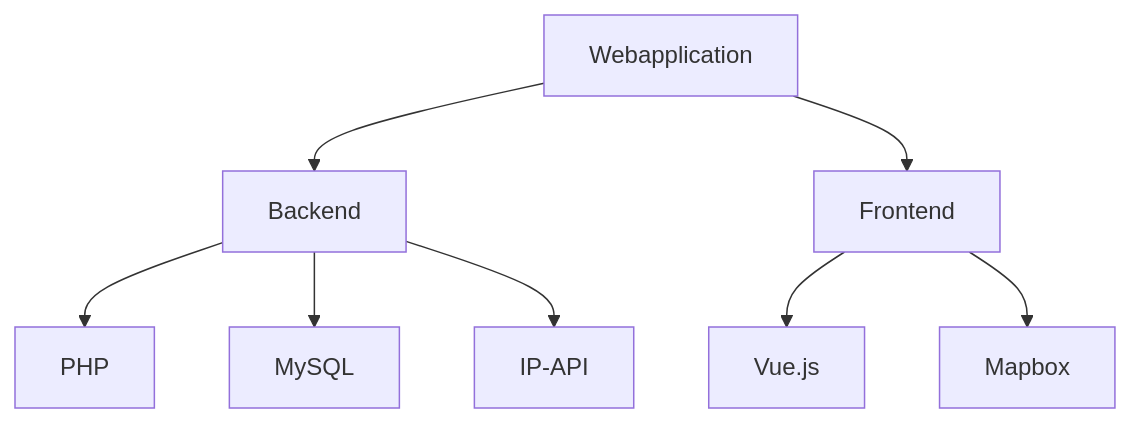
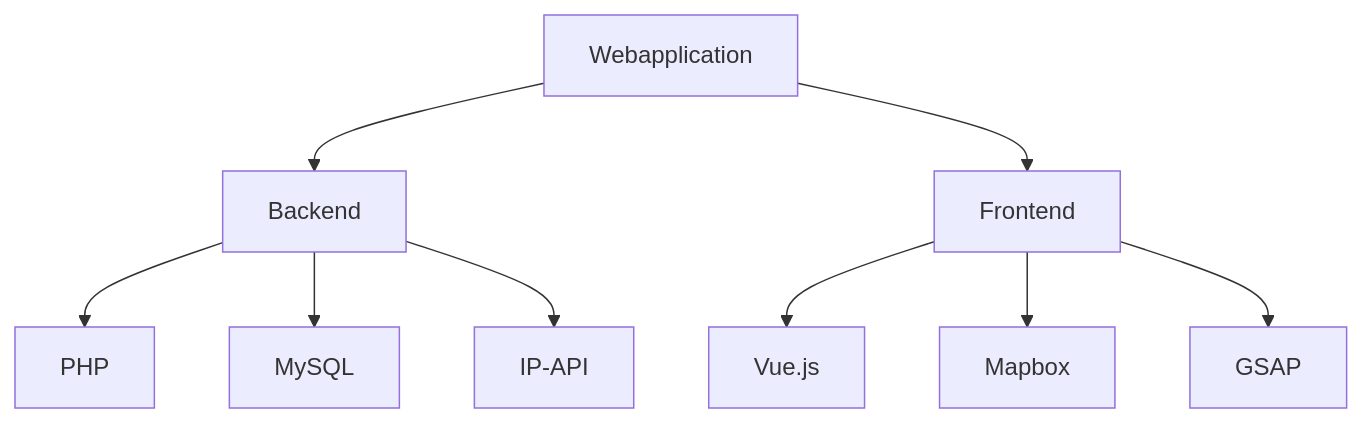
Before and after one commit to WUOYD/studio-web: the diagram in README.md, drawn with Mermaid.

````diff
--- a/README.md
+++ b/README.md
@@ -9,10 +9,11 @@
 ```mermaid
 graph TD
 A[Webapplication] --> B
 A --> C[Frontend]
 B[Backend] --> D[PHP]
 B --> E[MySQL]
 B --> F[IP-API]
 C --> G[Vue.js]
 C --> H[Mapbox]
+C --> I[GSAP]
 ```
````
